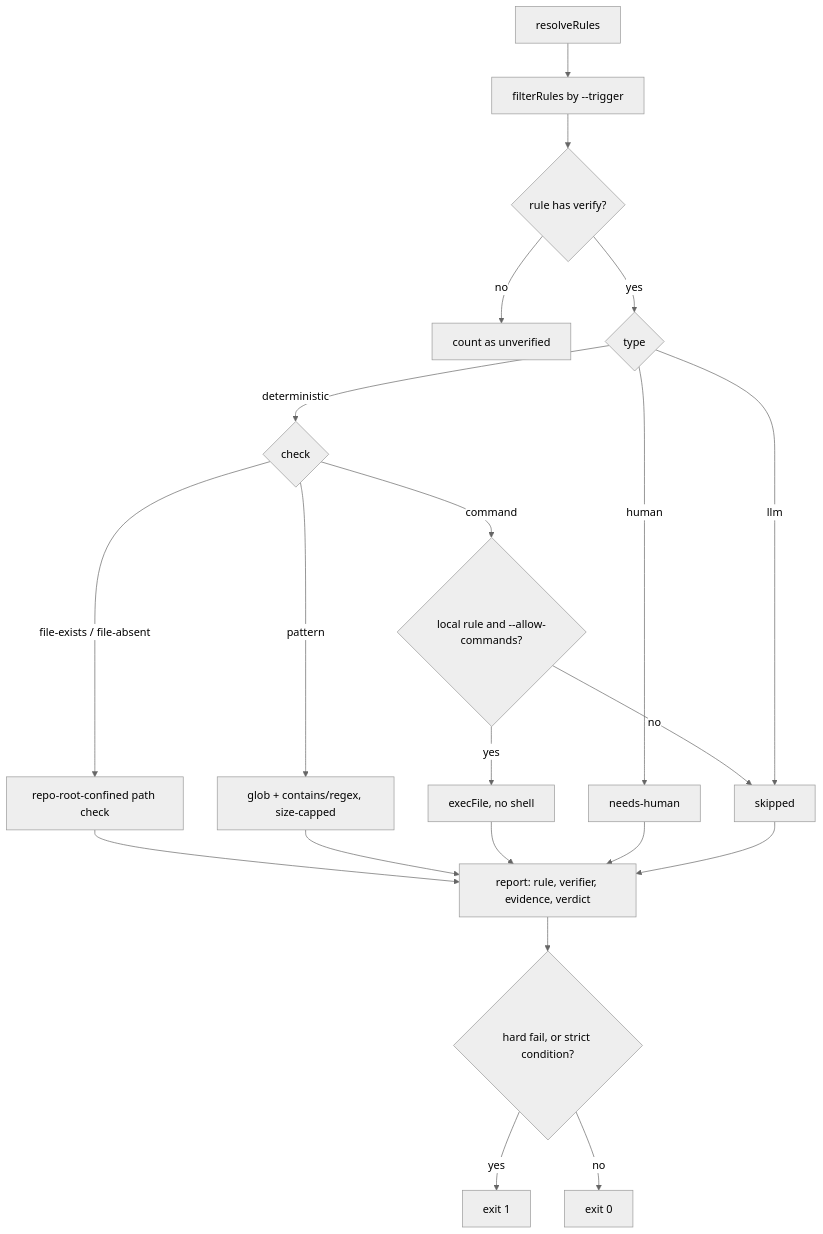
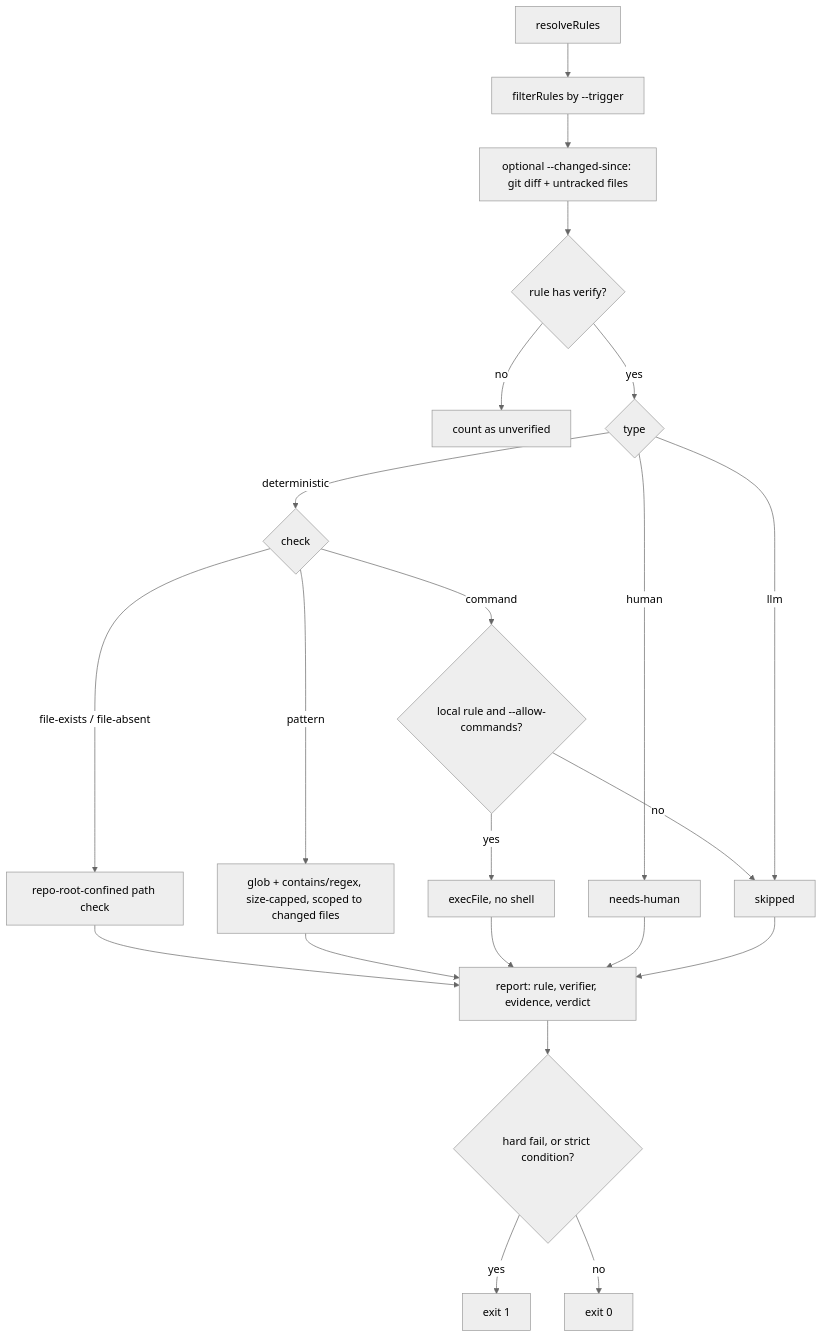
Before and after one commit to goncalovalverde/wow-as-code: the diagram in docs/diagrams/verification-flow.mmd, drawn with Mermaid (neutral theme). The commit also changed 3 other files, not shown here.

Commit message:
fix(cli): include untracked files in --changed-since; update flow diagram

```diff
--- a/docs/diagrams/verification-flow.mmd
+++ b/docs/diagrams/verification-flow.mmd
@@ -1,21 +1,22 @@
 flowchart TD
   R[resolveRules] --> F[filterRules by --trigger]
-  F --> V{rule has verify?}
+  F --> CS[optional --changed-since: git diff + untracked files]
+  CS --> V{rule has verify?}
   V -- no --> U[count as unverified]
   V -- yes --> T{type}
   T -- deterministic --> D{check}
   D -- file-exists / file-absent --> FS[repo-root-confined path check]
-  D -- pattern --> PT[glob + contains/regex, size-capped]
+  D -- pattern --> PT[glob + contains/regex, size-capped, scoped to changed files]
   D -- command --> CM{local rule and --allow-commands?}
   CM -- yes --> EX[execFile, no shell]
   CM -- no --> SK[skipped]
   T -- human --> NH[needs-human]
   T -- llm --> SK
   FS --> RP[report: rule, verifier, evidence, verdict]
   PT --> RP
   EX --> RP
   NH --> RP
   SK --> RP
   RP --> X{hard fail, or strict condition?}
   X -- yes --> E1[exit 1]
   X -- no --> E0[exit 0]
```
